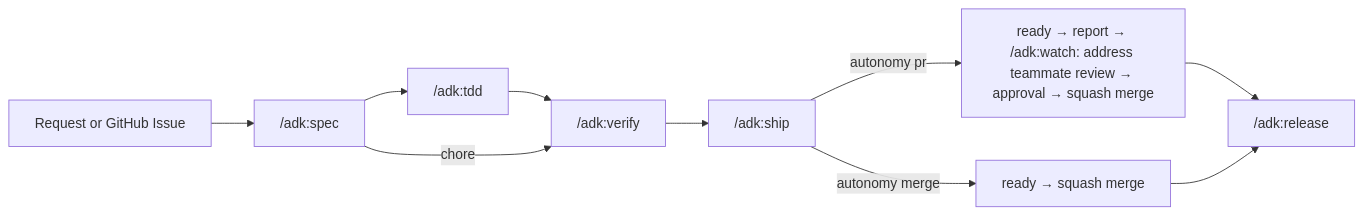
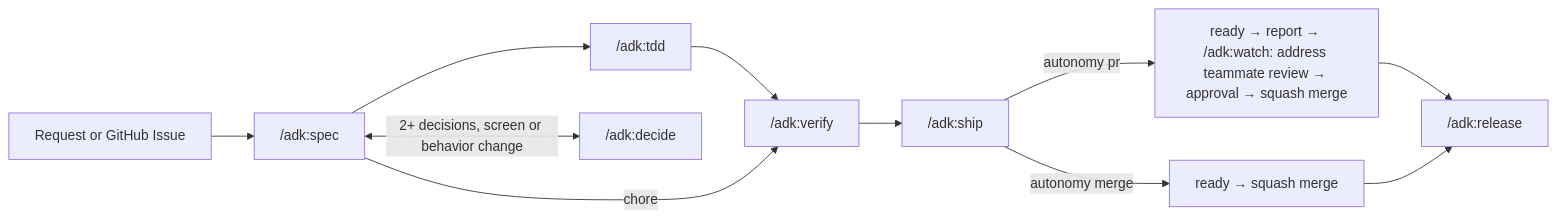
One commit to hwanyu365/agentic-dev-kit changed the diagram in README.md. Above: the diagram before and after it, drawn with Mermaid. The commit also changed other lines of this file and 11 other files, not shown here.

First line of the commit message:
feat:[GH-91] 결정 페이지 스킬 /adk:decide 추가, /adk:spec 2 에서 연결, 0.24.0 (#92)

````diff
--- a/README.md
+++ b/README.md
@@ -38,8 +38,9 @@
 ```mermaid
 flowchart LR
   I[Request or GitHub Issue] --> S["/adk:spec"] --> T["/adk:tdd"] --> V["/adk:verify"] --> P["/adk:ship"]
   S -->|chore| V
+  S <-->|"2+ decisions, screen or behavior change"| D["/adk:decide"]
   P -->|autonomy pr| R["ready → report → /adk:watch: address teammate review → approval → squash merge"]
   P -->|autonomy merge| M[ready → squash merge]
   R & M --> L["/adk:release"]
 ```
````
